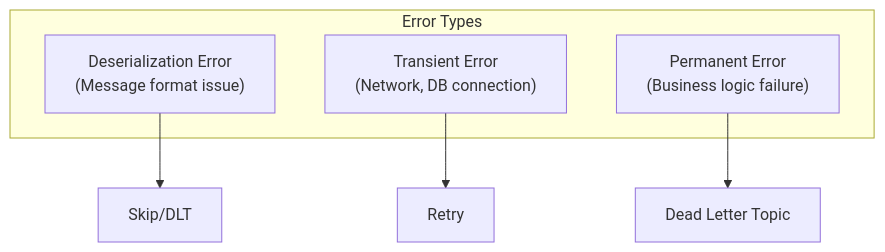
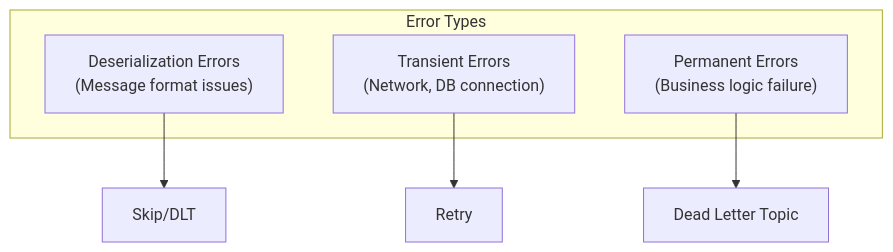
Before and after one commit to advanced-beginner/advanced-beginner.github.io: the first of 3 diagrams in content/en/docs/kafka/concepts/error-handling.md, drawn with Mermaid. The commit also changed other lines of this file and 7 other files, not shown here.

````diff
--- a/content/en/docs/kafka/concepts/error-handling.md
+++ b/content/en/docs/kafka/concepts/error-handling.md
@@ -29,12 +29,12 @@
 ```mermaid
 flowchart TB
     subgraph Errors["Error Types"]
-        DESER["Deserialization Error<br>(Message format issue)"]
-        TRANS["Transient Error<br>(Network, DB connection)"]
-        PERM["Permanent Error<br>(Business logic failure)"]
+        DESER["Deserialization Errors<br>(Message format issues)"]
+        TRANS["Transient Errors<br>(Network, DB connection)"]
+        PERM["Permanent Errors<br>(Business logic failure)"]
     end
 
     DESER --> SKIP["Skip/DLT"]
     TRANS --> RETRY["Retry"]
     PERM --> DLT["Dead Letter Topic"]
 ```
````
